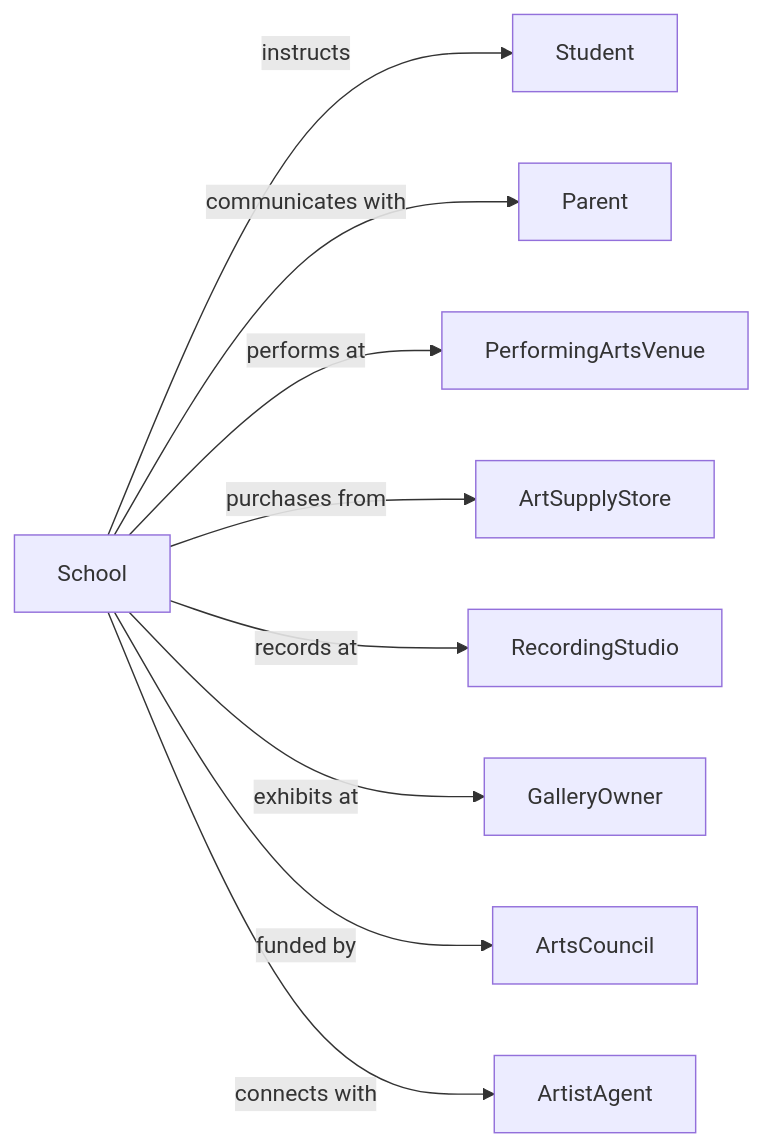
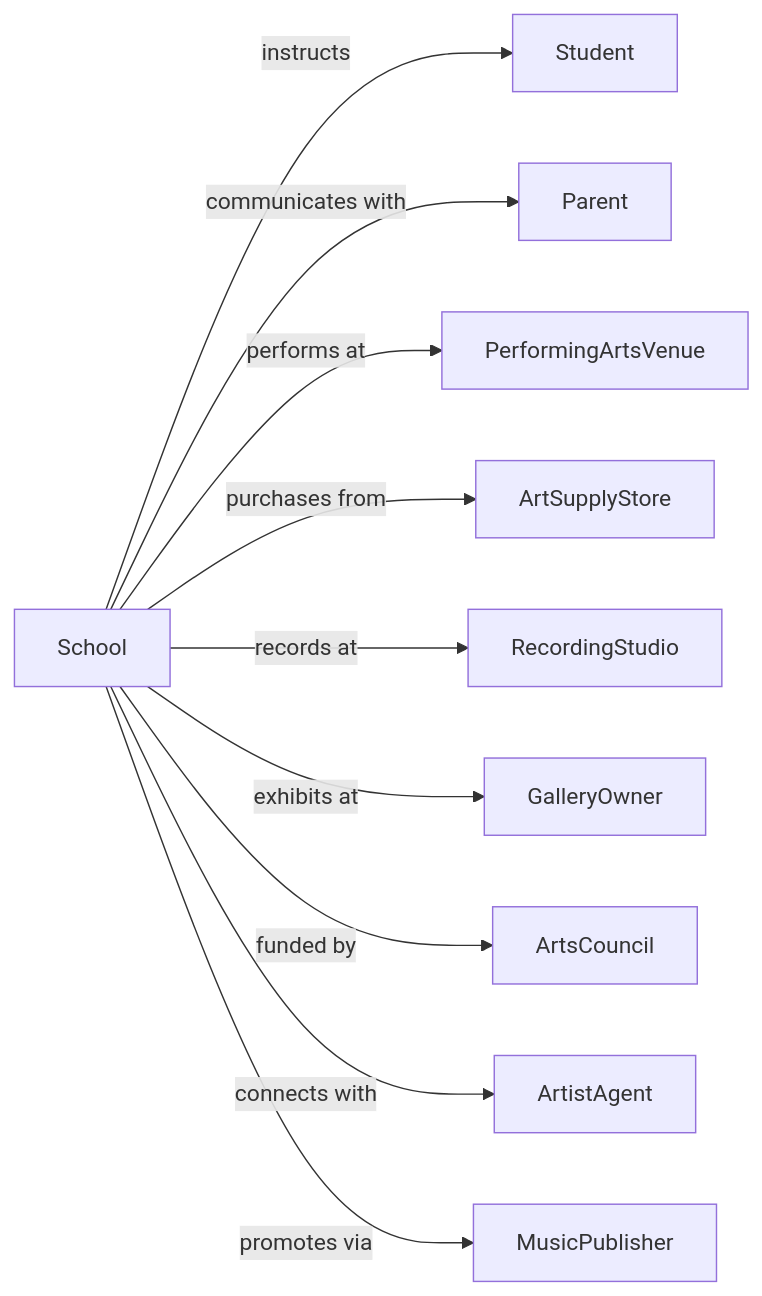
Before and after one commit to dot-org-ai/industries.org.ai: the second of 2 diagrams in Education/Education/OtherSchoolsAndInstruction/FineArtsSchools.mdx, drawn with Mermaid. The commit also changed 588 other files, not shown here.

````diff
--- a/Education/Education/OtherSchoolsAndInstruction/FineArtsSchools.mdx
+++ b/Education/Education/OtherSchoolsAndInstruction/FineArtsSchools.mdx
@@ -139,13 +139,14 @@
 ```mermaid
 graph LR
     S[School]
 
     S -->|instructs| Student
     S -->|communicates with| Parent
     S -->|performs at| PerformingArtsVenue
     S -->|purchases from| ArtSupplyStore
     S -->|records at| RecordingStudio
     S -->|exhibits at| GalleryOwner
     S -->|funded by| ArtsCouncil
     S -->|connects with| ArtistAgent
+    S -->|promotes via| MusicPublisher
 ```
````
